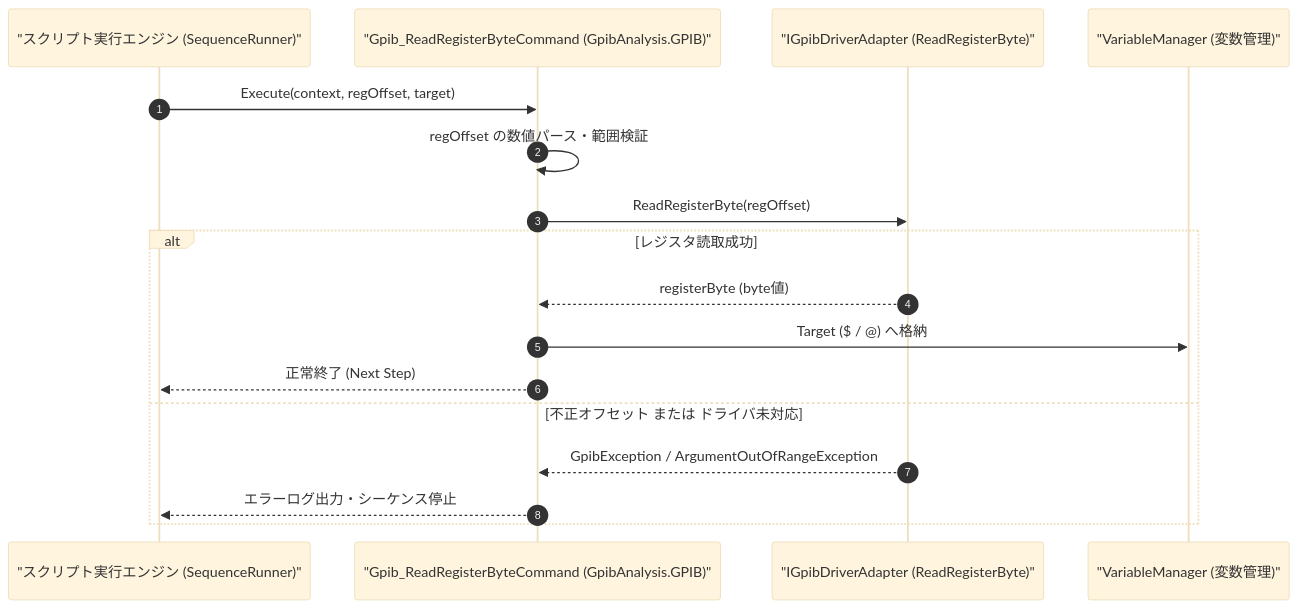
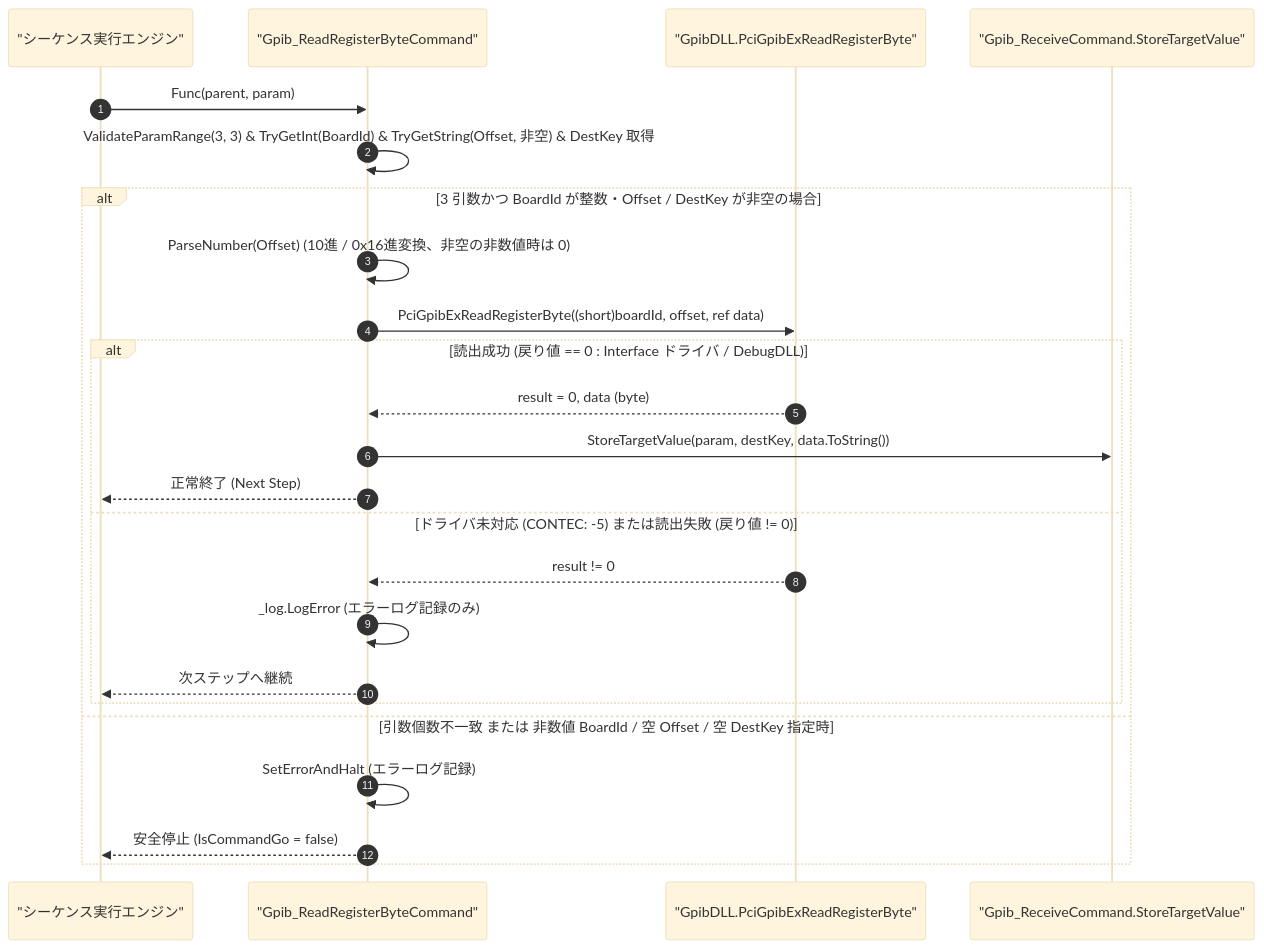
Before and after one commit to Monaca-App/GpibAddIn: the diagram in Manual/GPIB/Gpib_ReadRegisterByte.Md, drawn with Mermaid (base theme). The commit also changed other lines of this file and 32 other files, not shown here.

````diff
--- a/Manual/GPIB/Gpib_ReadRegisterByte.Md
+++ b/Manual/GPIB/Gpib_ReadRegisterByte.Md
@@ -65,20 +65,27 @@
 ```mermaid
 sequenceDiagram
     autonumber
-    participant Script as "スクリプト実行エンジン (SequenceRunner)"
-    participant Cmd as "Gpib_ReadRegisterByteCommand (GpibAnalysis.GPIB)"
-    participant Drv as "IGpibDriverAdapter (ReadRegisterByte)"
-    participant Var as "VariableManager (変数管理)"
+    participant Script as "シーケンス実行エンジン"
+    participant Cmd as "Gpib_ReadRegisterByteCommand"
+    participant Dll as "GpibDLL.PciGpibExReadRegisterByte"
+    participant Var as "Gpib_ReceiveCommand.StoreTargetValue"
 
-    Script->>Cmd: Execute(context, regOffset, target)
-    Cmd->>Cmd: regOffset の数値パース・範囲検証
-    Cmd->>Drv: ReadRegisterByte(regOffset)
-    alt レジスタ読取成功
-        Drv-->>Cmd: registerByte (byte値)
-        Cmd->>Var: Target ($ / @) へ格納
-        Cmd-->>Script: 正常終了 (Next Step)
-    else 不正オフセット または ドライバ未対応
-        Drv-->>Cmd: GpibException / ArgumentOutOfRangeException
-        Cmd-->>Script: エラーログ出力・シーケンス停止
+    Script->>Cmd: Func(parent, param)
+    Cmd->>Cmd: ValidateParamRange(3, 3) & TryGetInt(BoardId) & TryGetString(Offset, 非空) & DestKey 取得
+    alt 3 引数かつ BoardId が整数・Offset / DestKey が非空の場合
+        Cmd->>Cmd: ParseNumber(Offset) (10進 / 0x16進変換、非空の非数値時は 0)
+        Cmd->>Dll: PciGpibExReadRegisterByte((short)boardId, offset, ref data)
+        alt 読出成功 (戻り値 == 0 : Interface ドライバ / DebugDLL)
+            Dll-->>Cmd: result = 0, data (byte)
+            Cmd->>Var: StoreTargetValue(param, destKey, data.ToString())
+            Cmd-->>Script: 正常終了 (Next Step)
+        else ドライバ未対応 (CONTEC: -5) または読出失敗 (戻り値 != 0)
+            Dll-->>Cmd: result != 0
+            Cmd->>Cmd: _log.LogError (エラーログ記録のみ)
+            Cmd-->>Script: 次ステップへ継続
+        end
+    else 引数個数不一致 または 非数値 BoardId / 空 Offset / 空 DestKey 指定時
+        Cmd->>Cmd: SetErrorAndHalt (エラーログ記録)
+        Cmd-->>Script: 安全停止 (IsCommandGo = false)
     end
 ```
````
